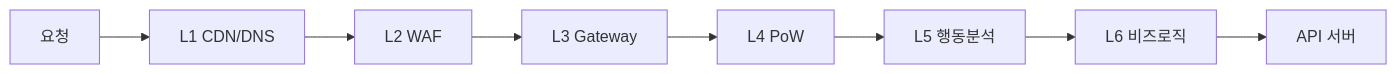
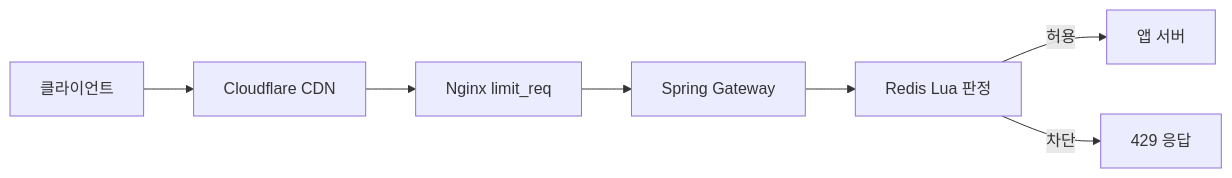
The second of 3 diagrams in _posts/systemdesign/2026-05-02-system-design-rate-limiter.md (yjkim2015/yjkim2015.github.io), drawn with Mermaid before and after one commit. The commit also changed other lines of this file and 4 other files, not shown here.

````diff
--- a/_posts/systemdesign/2026-05-02-system-design-rate-limiter.md
+++ b/_posts/systemdesign/2026-05-02-system-design-rate-limiter.md
@@ -2800,10 +1434,9 @@
 ```mermaid
 graph LR
-    R[요청] --> L1[L1 CDN/DNS]
-    L1 --> L2[L2 WAF]
-    L2 --> L3[L3 Gateway]
-    L3 --> L4[L4 PoW]
-    L4 --> L5[L5 행동분석]
-    L5 --> L6[L6 비즈로직]
-    L6 --> API[API 서버]
+    A[클라이언트] --> B[Cloudflare CDN]
+    B --> C[Nginx limit_req]
+    C --> D[Spring Gateway]
+    D --> E[Redis Lua 판정]
+    E -->|허용| F[앱 서버]
+    E -->|차단| G[429 응답]
 ```
````
